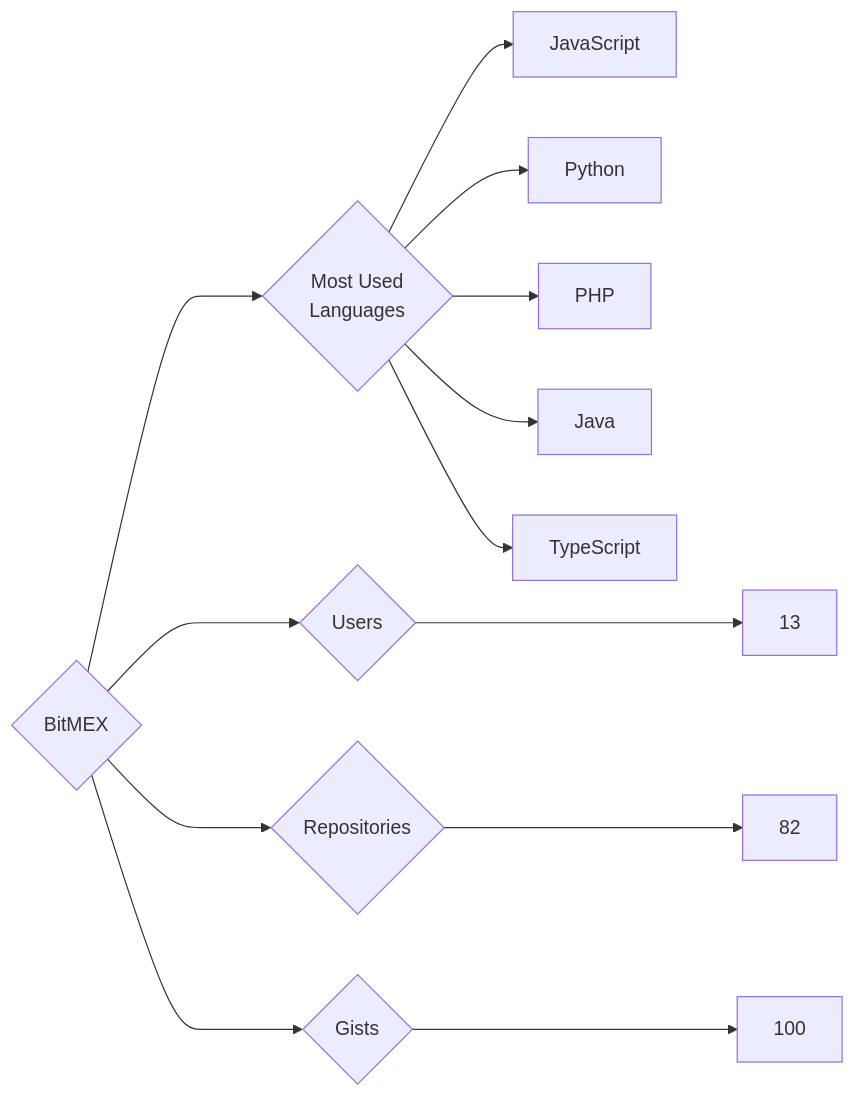
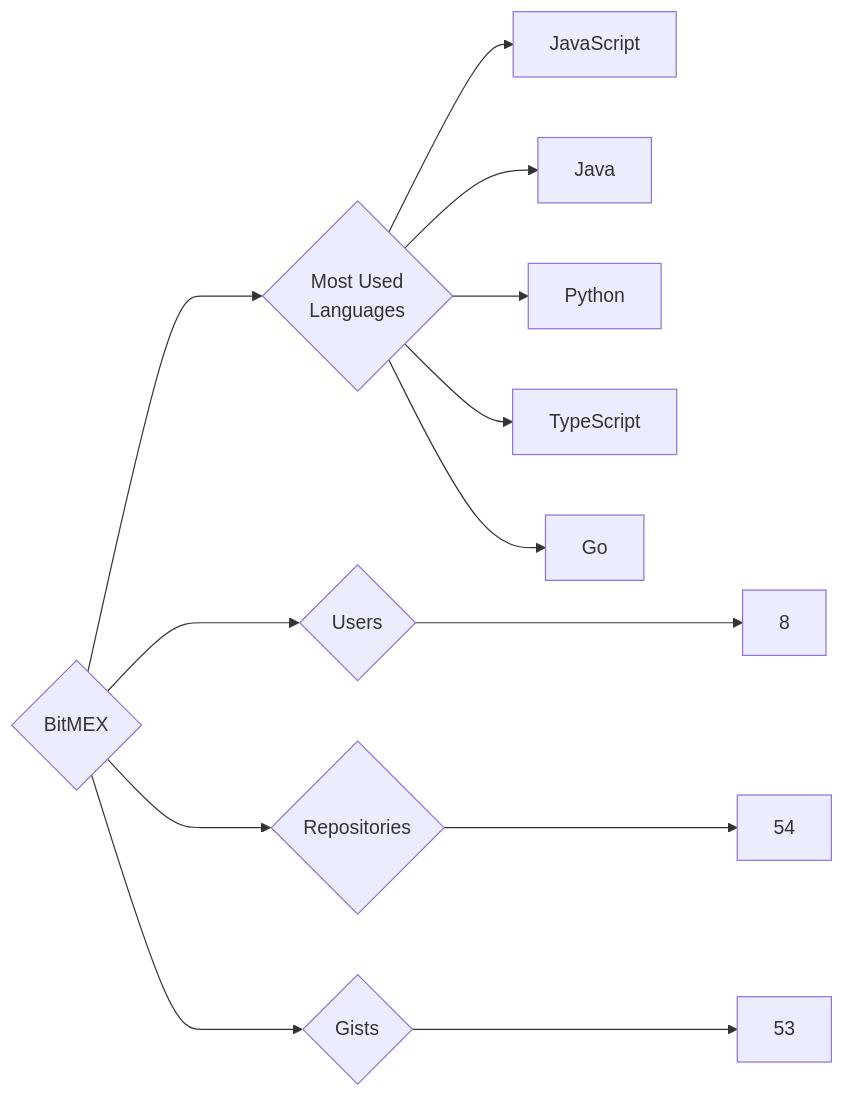
The diagram in targets/BitMEX/README.md (trickest/insiders), drawn with Mermaid before and after one commit. The commit also changed 1141 other files, not shown here.

````diff
--- a/targets/BitMEX/README.md
+++ b/targets/BitMEX/README.md
@@ -3,13 +3,13 @@
 ```mermaid
 graph LR
 COMPANY_NAME{BitMEX}
-COMPANY_NAME ---> U{Users} ---> UN[13]
-COMPANY_NAME ---> R{Repositories} ---> RN[82]
-COMPANY_NAME ---> G{Gists} ---> GN[100]
+COMPANY_NAME ---> U{Users} ---> UN[8]
+COMPANY_NAME ---> R{Repositories} ---> RN[54]
+COMPANY_NAME ---> G{Gists} ---> GN[53]
 COMPANY_NAME ---> ML{Most Used<br>Languages}
 ML --> JavaScript[JavaScript]
+ML --> Java[Java]
 ML --> Python[Python]
-ML --> PHP[PHP]
-ML --> Java[Java]
 ML --> TypeScript[TypeScript]
+ML --> Go[Go]
 ```
````
